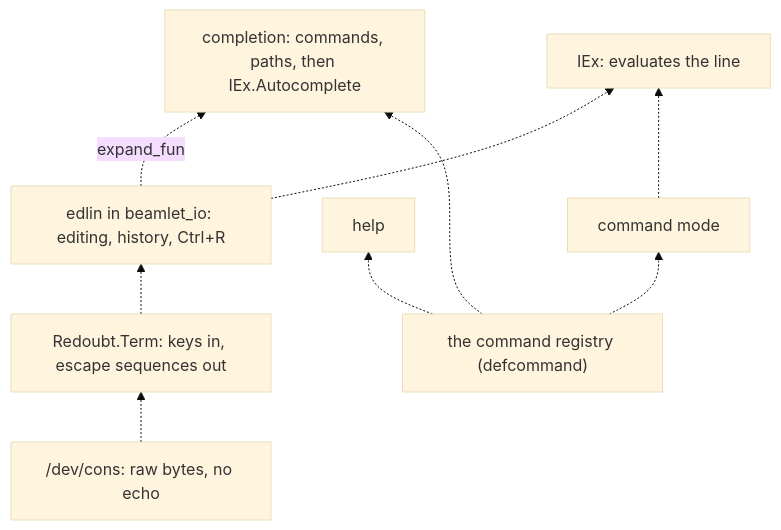
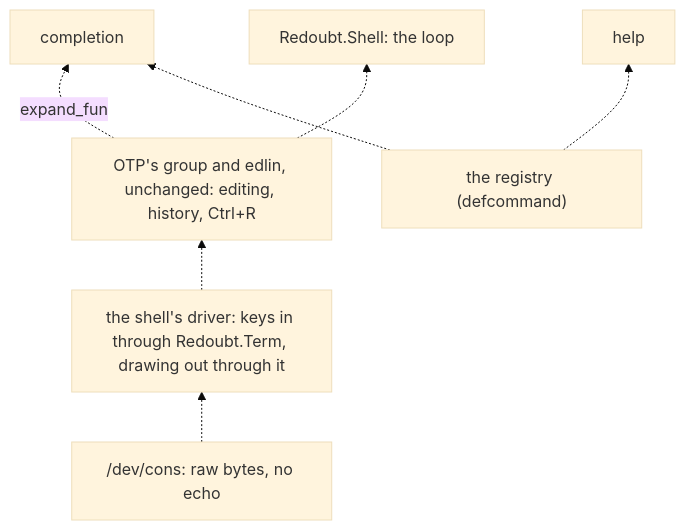
One commit to sirmick/redoubt changed the second of 2 diagrams in docs/userland/shell.md. Above: the diagram before and after it, drawn with Mermaid (base theme). The commit also changed other lines of this file and 15 other files, not shown here.

````diff
--- a/docs/userland/shell.md
+++ b/docs/userland/shell.md
@@ -342,11 +422,9 @@
 ```mermaid
 flowchart BT
-    C["/dev/cons: raw bytes, no echo"] -.-> T["Redoubt.Term: keys in, escape sequences out"]
-    T -.-> L["edlin in beamlet_io: editing, history, Ctrl+R"]
-    L -.->|"expand_fun"| CO["completion: commands, paths, then IEx.Autocomplete"]
-    L -.-> I["IEx: evaluates the line"]
-    R["the command registry (defcommand)"] -.-> CO
+    C["/dev/cons: raw bytes, no echo"] -.-> D["the shell's driver: keys in through Redoubt.Term, drawing out through it"]
+    D -.-> G["OTP's group and edlin, unchanged: editing, history, Ctrl+R"]
+    G -.->|"expand_fun"| CO["completion"]
+    G -.-> S["Redoubt.Shell: the loop"]
+    R["the registry (defcommand)"] -.-> CO
     R -.-> HE["help"]
-    R -.-> CM["command mode"]
-    CM -.-> I
 ```
````
